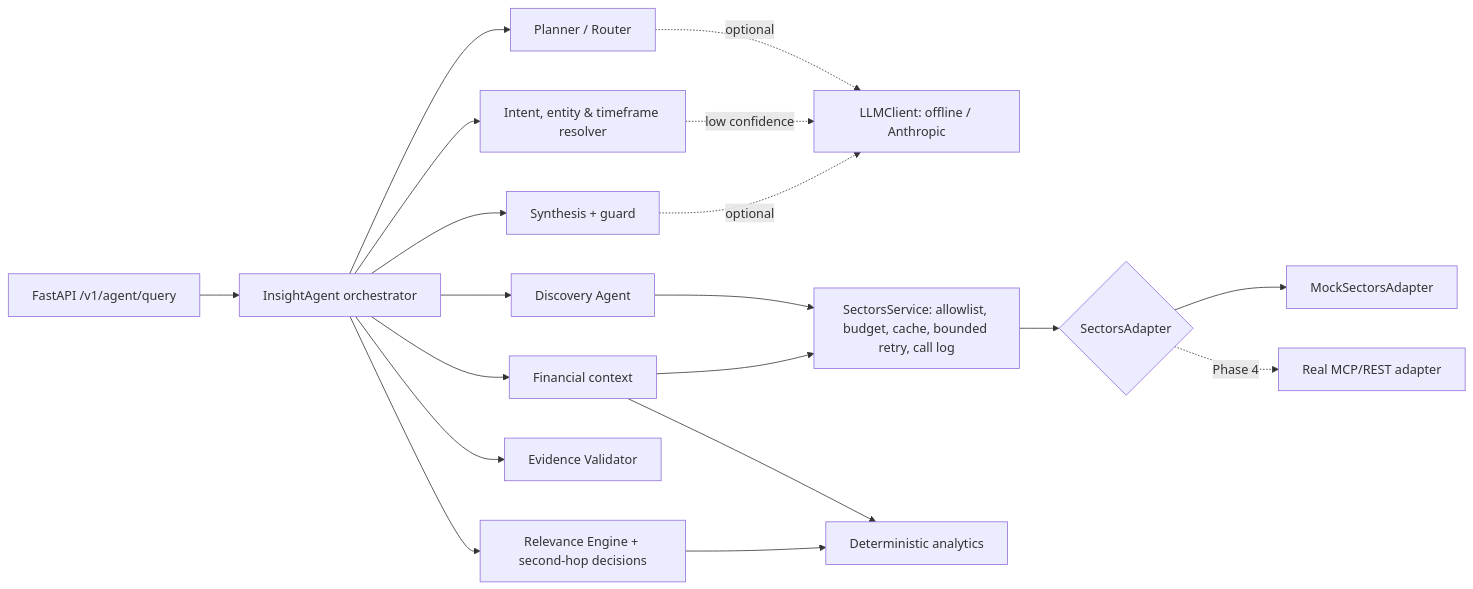
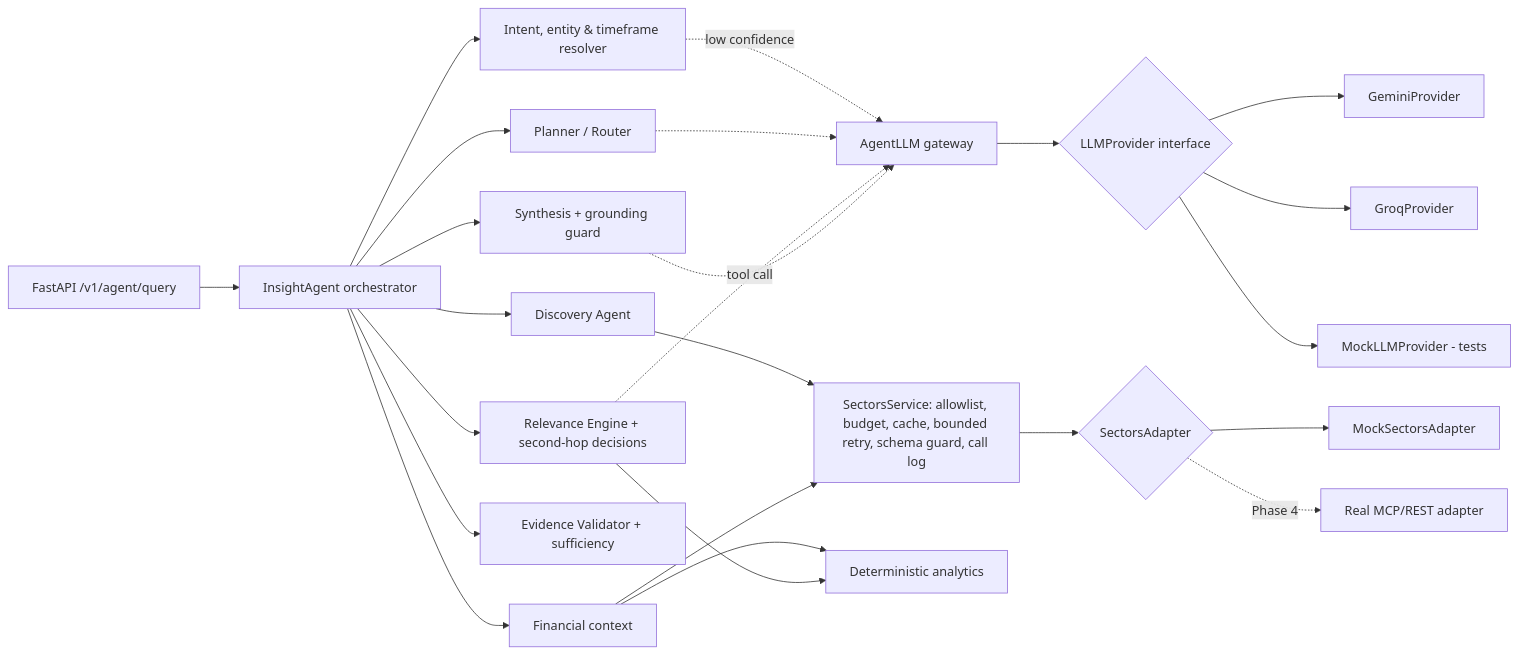
The diagram in README.md (IDXInsight/idx-insight-agent), drawn with Mermaid before and after one commit. The commit also changed other lines of this file and 1 other file, not shown here.

Commit message:
docs: document runtime llm layer, evidence sufficiency and current phase 0-3 state

````diff
--- a/README.md
+++ b/README.md
@@ -84,21 +95,26 @@
 ```mermaid
 flowchart LR
     API[FastAPI /v1/agent/query] --> ORCH[InsightAgent orchestrator]
     ORCH --> RES[Intent, entity & timeframe resolver]
     ORCH --> PLAN[Planner / Router]
     ORCH --> DISC[Discovery Agent]
     ORCH --> REL[Relevance Engine + second-hop decisions]
     ORCH --> FIN[Financial context]
-    ORCH --> VAL[Evidence Validator]
-    ORCH --> SYN[Synthesis + guard]
-    PLAN -.optional.-> LLM[LLMClient: offline / Anthropic]
-    RES -.low confidence.-> LLM
-    SYN -.optional.-> LLM
-    DISC --> SVC[SectorsService: allowlist, budget, cache, bounded retry, call log]
+    ORCH --> VAL[Evidence Validator + sufficiency]
+    ORCH --> SYN[Synthesis + grounding guard]
+    RES -.low confidence.-> GW[AgentLLM gateway]
+    PLAN -.-> GW
+    REL -.tool call.-> GW
+    SYN -.-> GW
+    GW --> IF{LLMProvider interface}
+    IF --> GEM[GeminiProvider]
+    IF --> GRQ[GroqProvider]
+    IF --> MCK[MockLLMProvider - tests]
+    DISC --> SVC[SectorsService: allowlist, budget, cache, bounded retry, schema guard, call log]
     FIN --> SVC
     SVC --> ADP{SectorsAdapter}
     ADP --> MOCK[MockSectorsAdapter]
     ADP -.Phase 4.-> REAL[Real MCP/REST adapter]
     FIN --> AN[Deterministic analytics]
     REL --> AN
 ```
````
